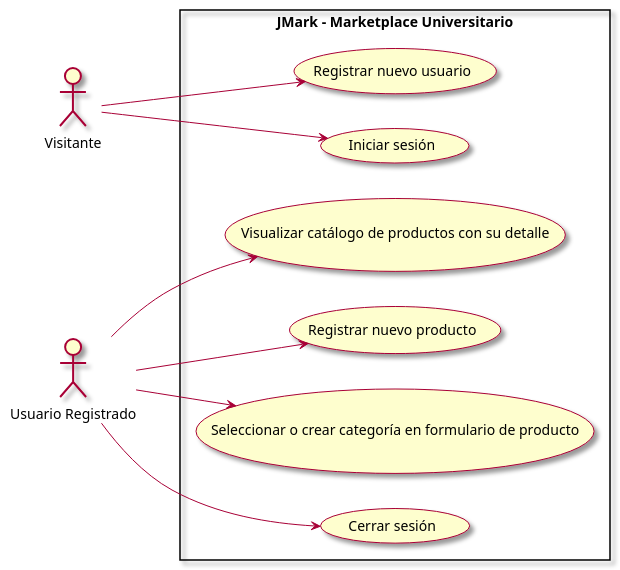
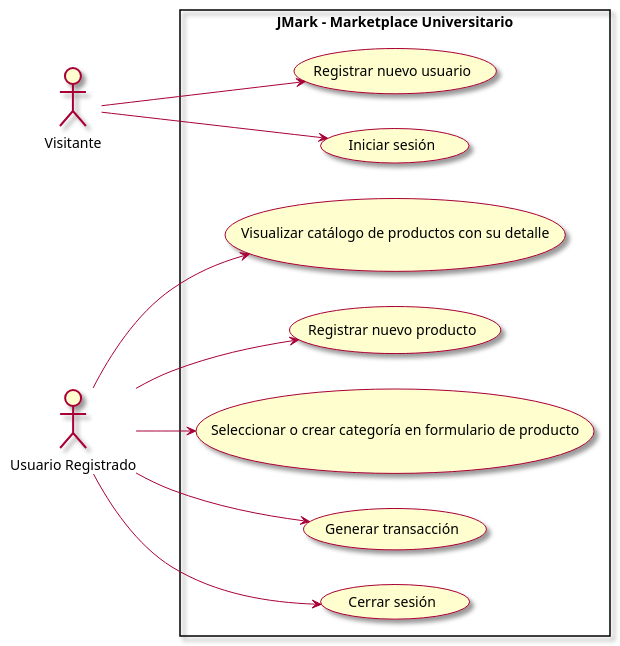
One commit to 2005-jjbs/Proyecto_Final_Fundamentos changed the diagram in docs/casos-de-uso.md. Above: the diagram before and after it, drawn with PlantUML. The commit also changed other lines of this file and 2 other files, not shown here.

Commit message:
Agregar caso de uso para generar transacción y actualizar modelo de clases

````diff
--- a/docs/casos-de-uso.md
+++ b/docs/casos-de-uso.md
@@ -5,20 +5,21 @@
 ```plantuml
 @startuml
 left to right direction
 skin rose
 
 actor Visitante
 actor "Usuario Registrado" as Usuario
 
 rectangle "JMark - Marketplace Universitario" {
 
     Visitante --> (Registrar nuevo usuario)
     Visitante --> (Iniciar sesión)
     
     Usuario --> (Visualizar catálogo de productos con su detalle)
     Usuario --> (Registrar nuevo producto)
     Usuario --> (Seleccionar o crear categoría en formulario de producto)
+    Usuario --> (Generar transacción)
     Usuario --> (Cerrar sesión)
 }
 @enduml
 ```
````
